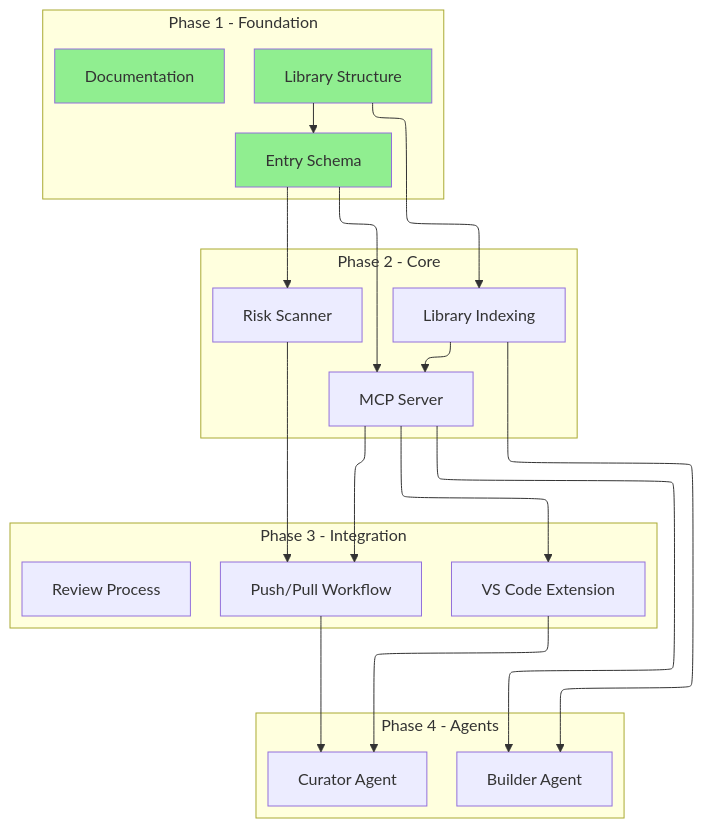
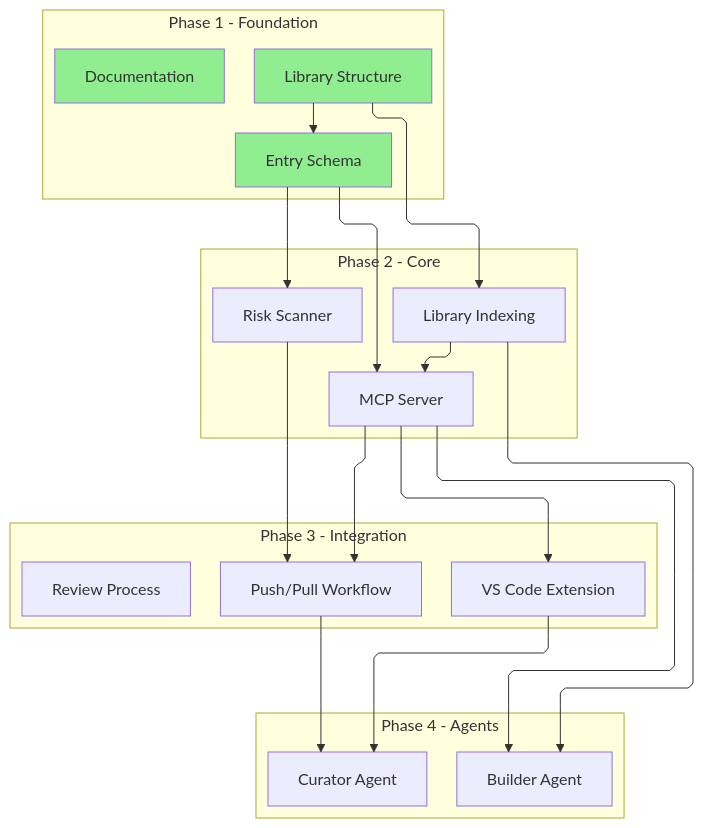
Before and after one commit to Lizo-RoadTown/PROVES_LIBRARY: the second of 2 diagrams in docs/TASKS.md, drawn with Mermaid. The commit also changed other lines of this file and 13 other files, not shown here.

Commit message:
Fix mermaid diagrams to use straight lines via curve: linear

````diff
--- a/docs/TASKS.md
+++ b/docs/TASKS.md
@@ -27,45 +27,45 @@
 ```mermaid
-%%{init: {'flowchart': {'defaultRenderer': 'elk'}}}%%
+%%{init: {'flowchart': {'defaultRenderer': 'elk', 'curve': 'linear'}}}%%
 flowchart TB
     subgraph Phase1[Phase 1 - Foundation]
         P1A[Library Structure]
         P1B[Documentation]
         P1C[Entry Schema]
     end
 
     subgraph Phase2[Phase 2 - Core]
         P2A[MCP Server]
         P2B[Risk Scanner]
         P2C[Library Indexing]
     end
 
     subgraph Phase3[Phase 3 - Integration]
         P3A[VS Code Extension]
         P3B[Push/Pull Workflow]
         P3C[Review Process]
     end
 
     subgraph Phase4[Phase 4 - Agents]
         P4A[Curator Agent]
         P4B[Builder Agent]
     end
 
     P1A --> P1C
     P1C --> P2A
     P1C --> P2B
     P1A --> P2C
 
     P2A --> P3A
     P2B --> P3B
     P2A --> P3B
     P2C --> P2A
 
     P3A --> P4A
     P3B --> P4A
     P2A --> P4B
     P2C --> P4B
 
     style P1A fill:#90EE90
     style P1B fill:#90EE90
     style P1C fill:#90EE90
 ```
````
